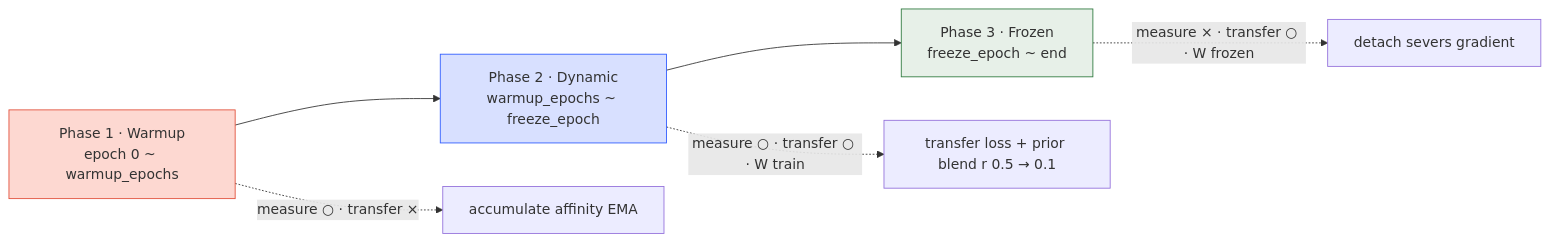
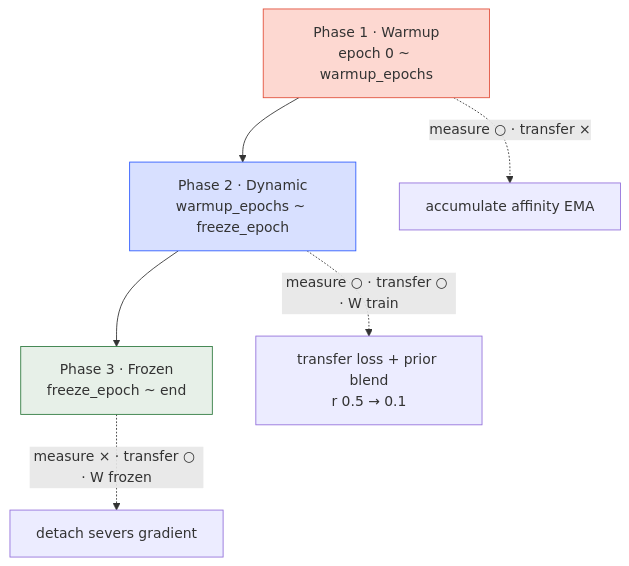
The diagram in src/content/posts/2026-04-20-adatt-3-transfer-loss-group-prior-schedule-en.md (bluethestyle/bluethestyle.github.io), drawn with Mermaid before and after one commit. The commit also changed 1 other file, not shown here.

Commit message:
viz(adatt-3): 3-Phase diagram LR → TB
Same issue as earlier Mermaid flips — narrow post column squeezed
the horizontal 3-phase flow until node text collapsed. TB gives
each phase box full row width. Side-branch operation nodes (affinity
EMA / transfer loss + prior blend / detach) now sit alongside their
respective phase with full-width labels. Broke the 'transfer loss +
prior blend r 0.5 → 0.1' into two lines for good measure.

Both KO and EN updated.

````diff
--- a/src/content/posts/2026-04-20-adatt-3-transfer-loss-group-prior-schedule-en.md
+++ b/src/content/posts/2026-04-20-adatt-3-transfer-loss-group-prior-schedule-en.md
@@ -174,13 +174,13 @@
 ```mermaid
-flowchart LR
+flowchart TB
   p1[Phase 1 · Warmup<br/>epoch 0 ~ warmup_epochs]
   p2[Phase 2 · Dynamic<br/>warmup_epochs ~ freeze_epoch]
   p3[Phase 3 · Frozen<br/>freeze_epoch ~ end]
   p1 --> p2 --> p3
   p1 -. measure ○ · transfer × .-> op1[accumulate affinity EMA]
-  p2 -. measure ○ · transfer ○ · W train .-> op2[transfer loss + prior blend r 0.5 → 0.1]
+  p2 -. measure ○ · transfer ○ · W train .-> op2[transfer loss + prior blend<br/>r 0.5 → 0.1]
   p3 -. measure × · transfer ○ · W frozen .-> op3[detach severs gradient]
   style p1 fill:#FDD8D1,stroke:#E14F3A
   style p2 fill:#D8E0FF,stroke:#2E5BFF
   style p3 fill:#E7F0E8,stroke:#2F7A3F
 ```
````
